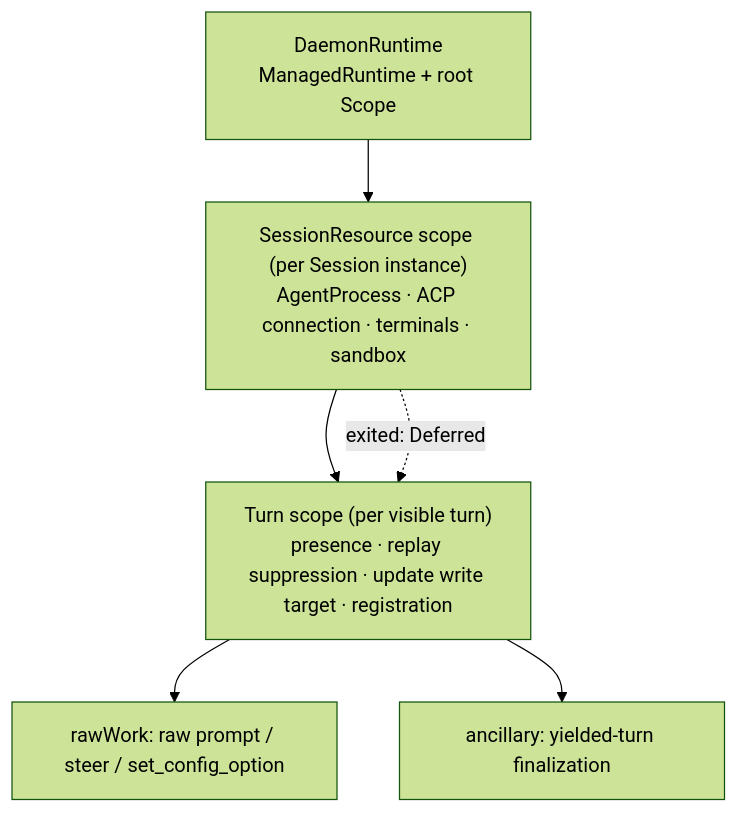
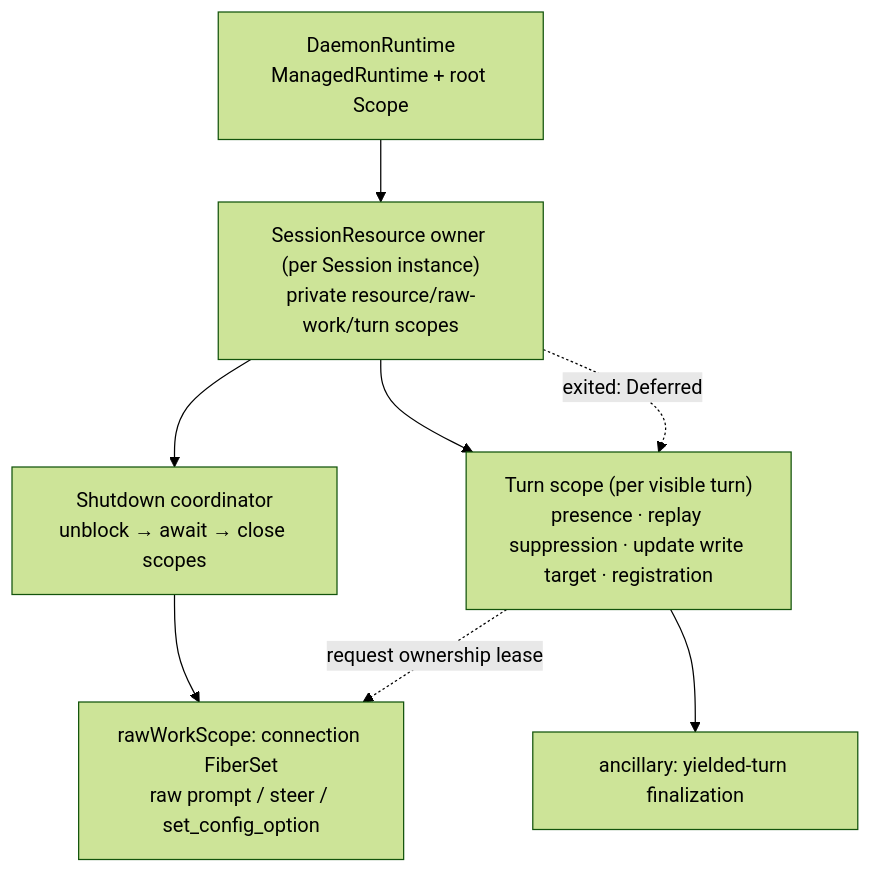
Before and after one commit to LodyAI/Lody: the diagram in .agents/notes/proposed/architecture/2026-09-27-effect-turn-execution-and-acp-process-ownership.md, drawn with Mermaid (forest theme). The commit also changed other lines of this file and 3 other files, not shown here.

First line of the commit message:
docs: unblock ACP requests before closing lifecycle scopes

````diff
--- a/.agents/notes/proposed/architecture/2026-09-27-effect-turn-execution-and-acp-process-ownership.md
+++ b/.agents/notes/proposed/architecture/2026-09-27-effect-turn-execution-and-acp-process-ownership.md
@@ -202,8 +267,10 @@
 ```mermaid
 flowchart TD
-    D["DaemonRuntime<br/>ManagedRuntime + root Scope"] --> R["SessionResource scope (per Session instance)<br/>AgentProcess · ACP connection · terminals · sandbox"]
+    D["DaemonRuntime<br/>ManagedRuntime + root Scope"] --> R["SessionResource owner (per Session instance)<br/>private resource/raw-work/turn scopes"]
     R --> T["Turn scope (per visible turn)<br/>presence · replay suppression · update write target · registration"]
-    T --> W["rawWork: raw prompt / steer / set_config_option"]
+    R --> C["Shutdown coordinator<br/>unblock → await → close scopes"]
+    C --> W["rawWorkScope: connection FiberSet<br/>raw prompt / steer / set_config_option"]
+    T -.request ownership lease.-> W
     T --> A["ancillary: yielded-turn finalization"]
     R -.exited: Deferred.-> T
 ```
````
